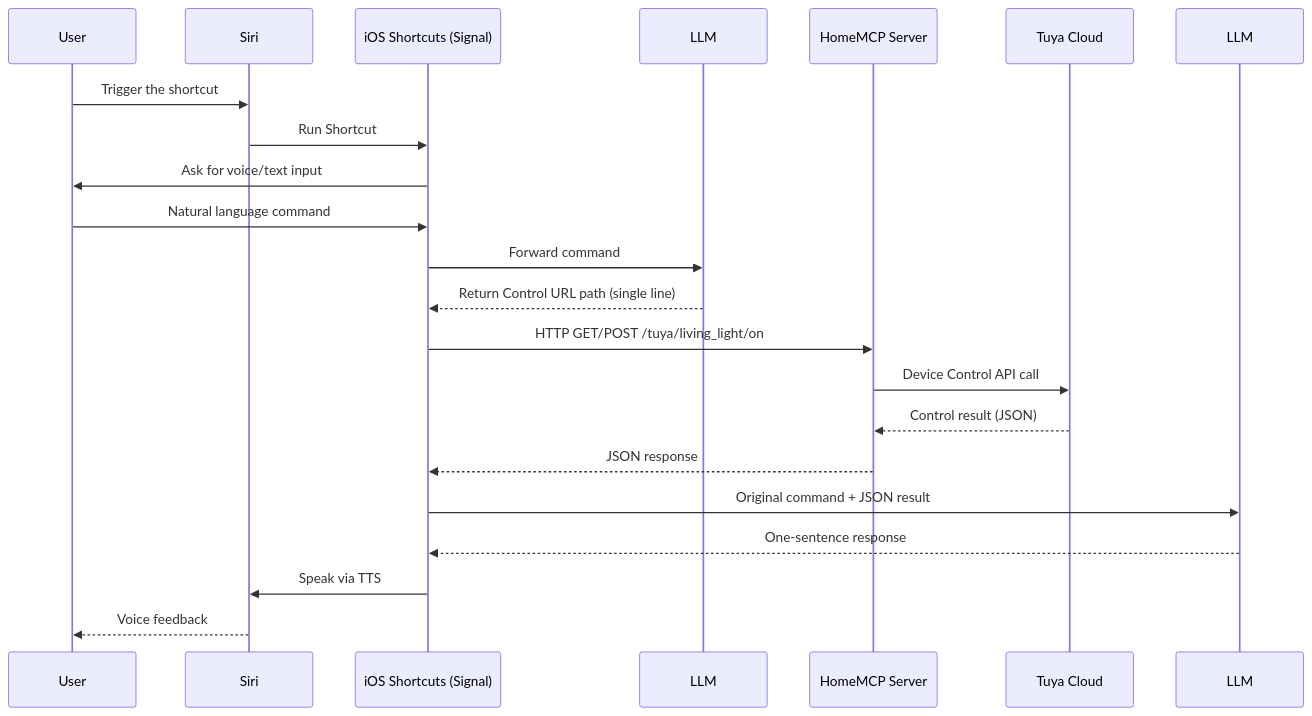
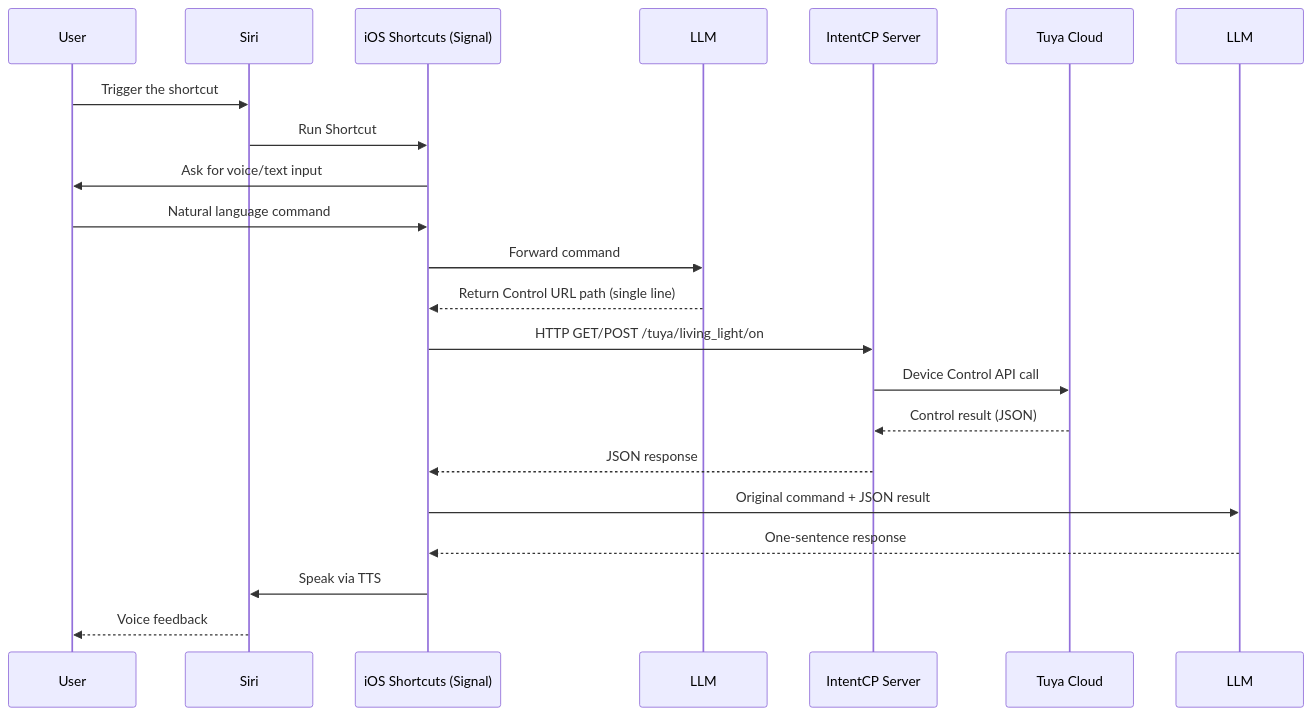
The diagram in README.md (jaebinsim/HomeMCP), drawn with Mermaid before and after one commit. The commit also changed other lines of this file and 15 other files, not shown here.

Commit message:
chore: rebrand HomeMCP to IntentCP (docs & UI only)

````diff
--- a/README.md
+++ b/README.md
@@ -181,28 +181,28 @@
 ```mermaid
 sequenceDiagram
     participant User as User
     participant Siri as Siri
     participant Shortcuts as iOS Shortcuts (Signal)
     participant LLM1 as LLM #1 (URL Generator)
-    participant HomeMCP as HomeMCP Server
+    participant IntentCP as IntentCP Server
     participant Tuya as Tuya Cloud
     participant LLM2 as LLM #2 (Response Summarizer)
 
     User->>Siri: Trigger the shortcut
     Siri->>Shortcuts: Run Shortcut
     Shortcuts->>User: Ask for voice/text input
     User->>Shortcuts: Natural language command
 
     Shortcuts->>LLM1: Forward command
     LLM1-->>Shortcuts: Return Control URL path (single line)
 
-    Shortcuts->>HomeMCP: HTTP GET/POST /tuya/living_light/on
-    HomeMCP->>Tuya: Device Control API call
-    Tuya-->>HomeMCP: Control result (JSON)
-    HomeMCP-->>Shortcuts: JSON response
+    Shortcuts->>IntentCP: HTTP GET/POST /tuya/living_light/on
+    IntentCP->>Tuya: Device Control API call
+    Tuya-->>IntentCP: Control result (JSON)
+    IntentCP-->>Shortcuts: JSON response
 
     Shortcuts->>LLM2: Original command + JSON result
     LLM2-->>Shortcuts: One-sentence response
     Shortcuts->>Siri: Speak via TTS
     Siri-->>User: Voice feedback
 ```
````
